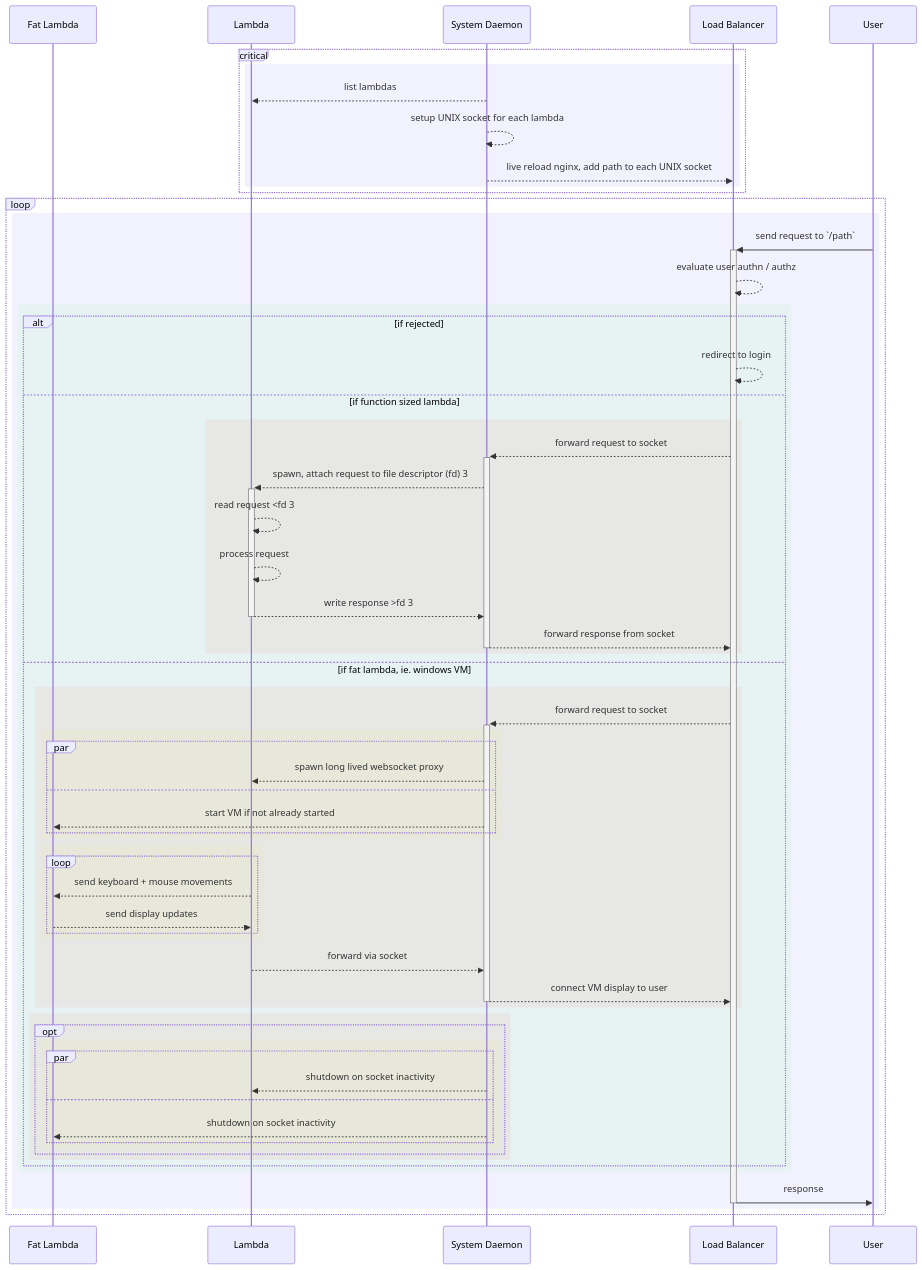
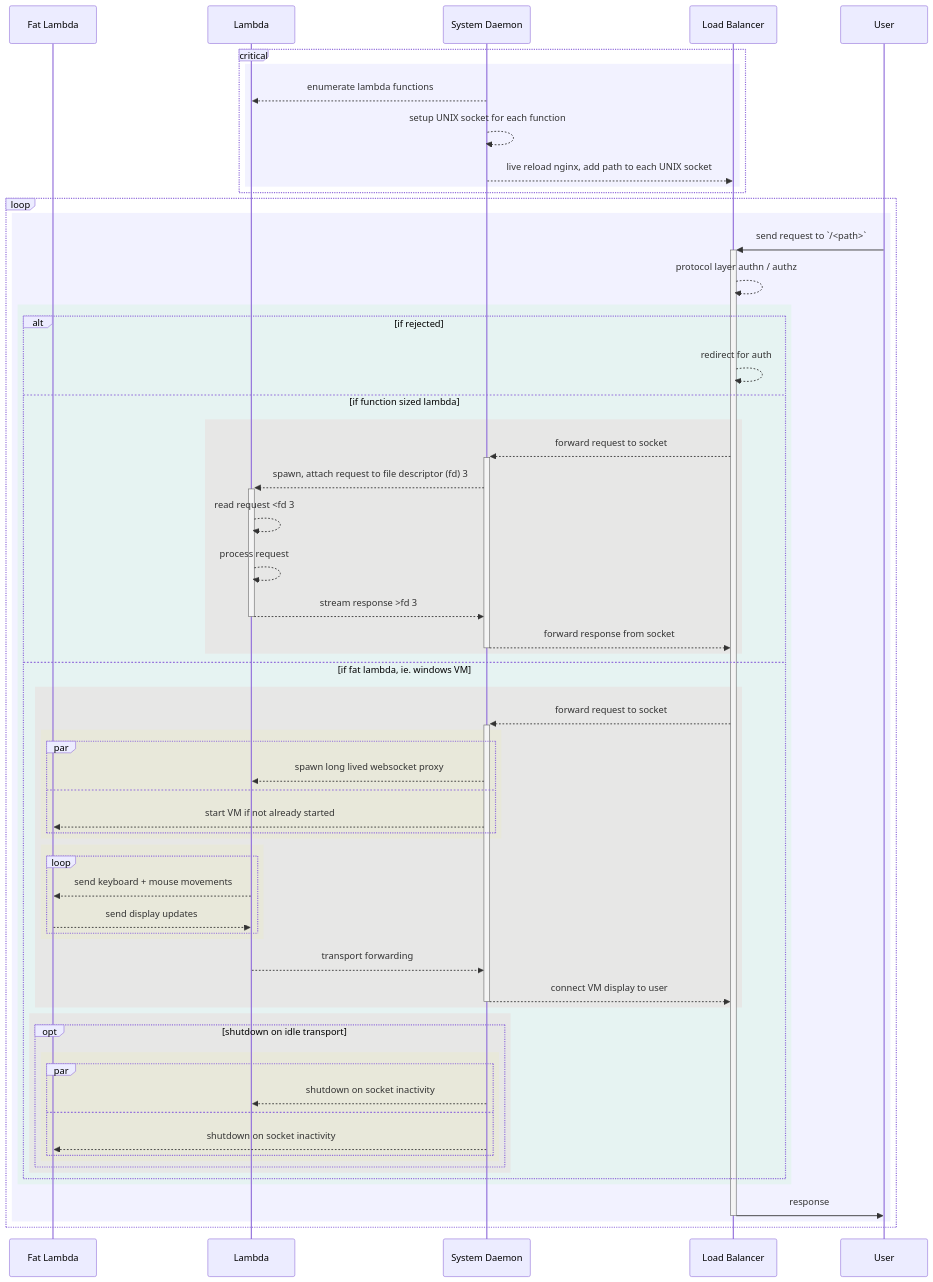
One commit to ms-jpq/lab changed the second of 2 diagrams in doc/PRIVATE_CLOUD.md. Above: the diagram before and after it, drawn with Mermaid. The commit also changed other lines of this file and 2 other files, not shown here.

Commit message:
even more docs

````diff
--- a/doc/PRIVATE_CLOUD.md
+++ b/doc/PRIVATE_CLOUD.md
@@ -101,68 +107,68 @@
 ```mermaid
 sequenceDiagram
   participant fat_lambda as Fat Lambda
   participant lambda as Lambda
   participant system_daemon as System Daemon
   participant nginx_lb as Load Balancer
   participant user as User
 
   critical
     rect rgba(0, 0, 255, 0.05)
-      system_daemon-->>lambda : list lambdas
-      system_daemon-->>system_daemon : setup UNIX socket for each lambda
+      system_daemon-->>lambda : enumerate lambda functions
+      system_daemon-->>system_daemon : setup UNIX socket for each function
       system_daemon-->>nginx_lb : live reload nginx, add path to each UNIX socket
     end
   end
 
   loop
     rect rgba(0, 0, 255, 0.05)
-      user->>+nginx_lb : send request to `/path`
-      nginx_lb-->>nginx_lb : evaluate user authn / authz
+      user->>+nginx_lb : send request to `/<path>`
+      nginx_lb-->>nginx_lb : protocol layer authn / authz
       rect rgba(0, 255, 0, 0.05)
         alt if rejected
-          nginx_lb-->>nginx_lb : redirect to login
+          nginx_lb-->>nginx_lb : redirect for auth
         else if function sized lambda
           rect rgba(255, 0, 0, 0.05)
             nginx_lb-->>+system_daemon : forward request to socket
             system_daemon-->>+lambda : spawn, attach request to file descriptor (fd) 3
             lambda-->>lambda : read request <fd 3
             lambda-->>lambda : process request
-            lambda-->>-system_daemon : write response >fd 3
+            lambda-->>-system_daemon : stream response >fd 3
             system_daemon-->>-nginx_lb : forward response from socket
           end
         else if fat lambda, ie. windows VM
           rect rgba(255, 0, 0, 0.05)
             nginx_lb-->>+system_daemon : forward request to socket
             rect rgba(255, 255, 0, 0.05)
               par
                 system_daemon-->>lambda : spawn long lived websocket proxy
               and
                 system_daemon-->>fat_lambda : start VM if not already started
               end
             end
             rect rgba(255, 255, 0, 0.05)
               loop
                 lambda-->>fat_lambda : send keyboard + mouse movements
                 fat_lambda-->>lambda : send display updates
               end
             end
-            lambda-->>system_daemon : forward via socket
+            lambda-->>system_daemon : transport forwarding
             system_daemon-->>-nginx_lb : connect VM display to user
           end
           rect rgba(255, 0, 0, 0.05)
-            opt
+            opt shutdown on idle transport
               rect rgba(255, 255, 0, 0.05)
                 par
                   system_daemon-->>lambda : shutdown on socket inactivity
                 and
                   system_daemon-->>fat_lambda : shutdown on socket inactivity
                 end
               end
             end
           end
         end
       end
       nginx_lb->>-user : response
     end
   end
 ```
````
